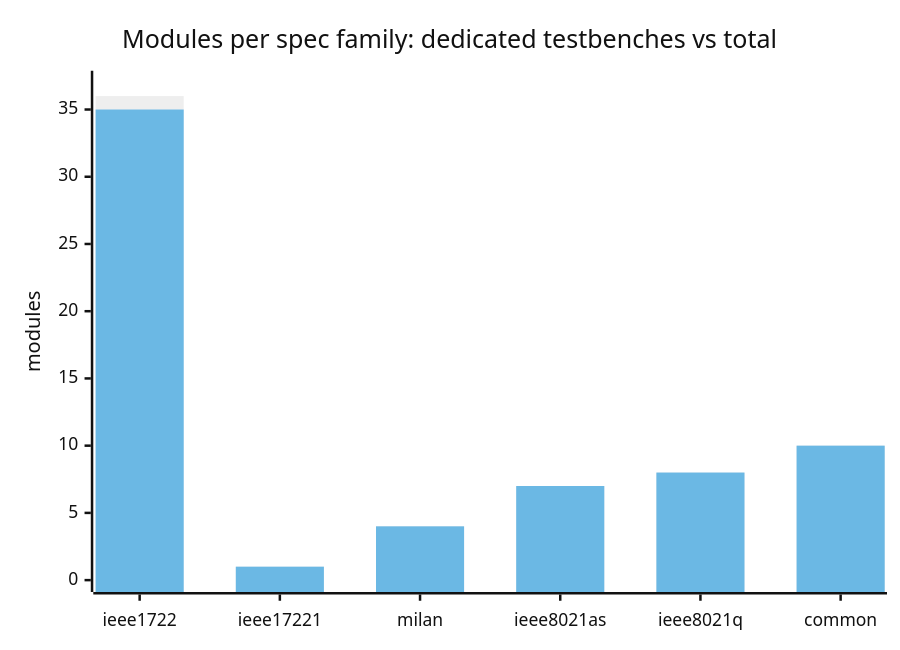
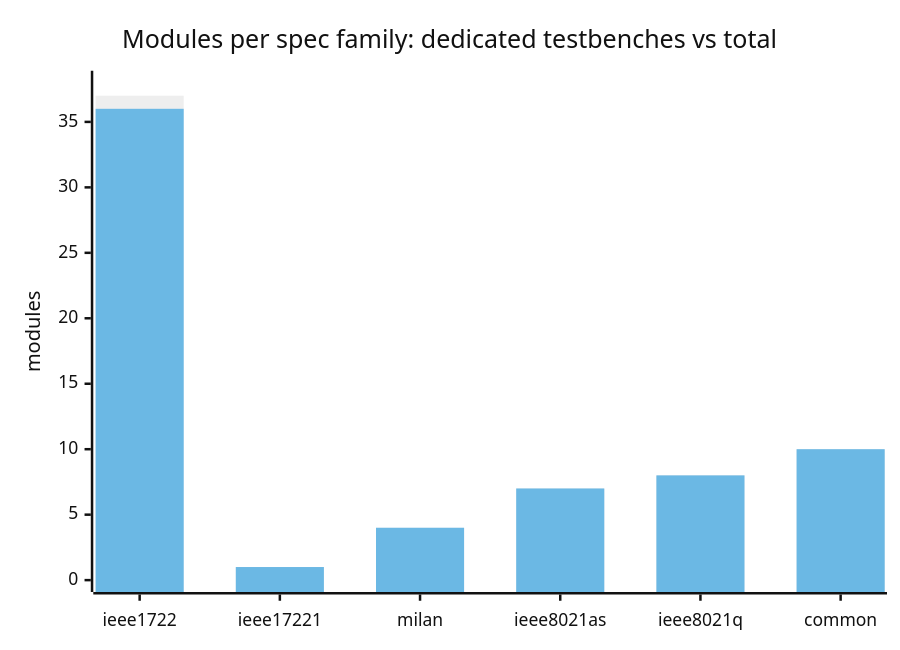
The diagram in docs/traceability/MODULE_MATRIX.md (kebag-logic/milan-fpga), drawn with Mermaid (neutral theme) before and after one commit. The commit also changed other lines of this file and 36 other files, not shown here.

````diff
--- a/docs/traceability/MODULE_MATRIX.md
+++ b/docs/traceability/MODULE_MATRIX.md
@@ -30,8 +30,8 @@
 ```mermaid
 xychart-beta
     title "Modules per spec family: dedicated testbenches vs total"
     x-axis ["ieee1722", "ieee17221", "milan", "ieee8021as", "ieee8021q", "common"]
-    y-axis "modules" 0 --> 37
+    y-axis "modules" 0 --> 38
+    bar [37, 1, 4, 7, 8, 10]
     bar [36, 1, 4, 7, 8, 10]
-    bar [35, 1, 4, 7, 8, 10]
 ```
````
